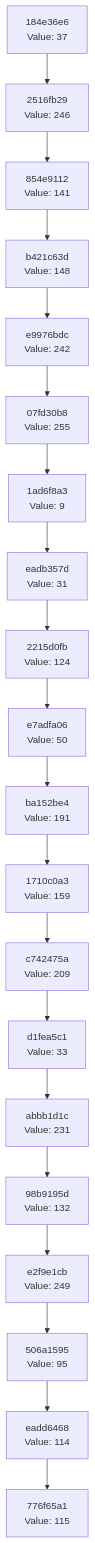
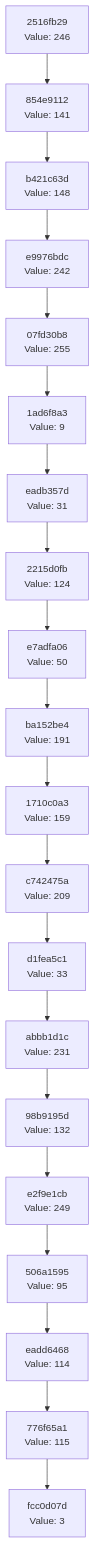
One commit to Abhisheksinha1506/hash-chain-evolver changed the diagram in docs/CHAIN_VISUALIZATION.md. Above: the diagram before and after it, drawn with Mermaid. The commit also changed 2 other files, not shown here.

Commit message:
Evolution Step

````diff
--- a/docs/CHAIN_VISUALIZATION.md
+++ b/docs/CHAIN_VISUALIZATION.md
@@ -3,42 +3,42 @@
 ```mermaid
 graph TD
-    C0["776f65a1<br/>Value: 115"]
-    C1["eadd6468<br/>Value: 114"]
+    C0["fcc0d07d<br/>Value: 3"]
+    C1["776f65a1<br/>Value: 115"]
     C1 --> C0
-    C2["506a1595<br/>Value: 95"]
+    C2["eadd6468<br/>Value: 114"]
     C2 --> C1
-    C3["e2f9e1cb<br/>Value: 249"]
+    C3["506a1595<br/>Value: 95"]
     C3 --> C2
-    C4["98b9195d<br/>Value: 132"]
+    C4["e2f9e1cb<br/>Value: 249"]
     C4 --> C3
-    C5["abbb1d1c<br/>Value: 231"]
+    C5["98b9195d<br/>Value: 132"]
     C5 --> C4
-    C6["d1fea5c1<br/>Value: 33"]
+    C6["abbb1d1c<br/>Value: 231"]
     C6 --> C5
-    C7["c742475a<br/>Value: 209"]
+    C7["d1fea5c1<br/>Value: 33"]
     C7 --> C6
-    C8["1710c0a3<br/>Value: 159"]
+    C8["c742475a<br/>Value: 209"]
     C8 --> C7
-    C9["ba152be4<br/>Value: 191"]
+    C9["1710c0a3<br/>Value: 159"]
     C9 --> C8
-    C10["e7adfa06<br/>Value: 50"]
+    C10["ba152be4<br/>Value: 191"]
     C10 --> C9
-    C11["2215d0fb<br/>Value: 124"]
+    C11["e7adfa06<br/>Value: 50"]
     C11 --> C10
-    C12["eadb357d<br/>Value: 31"]
+    C12["2215d0fb<br/>Value: 124"]
     C12 --> C11
-    C13["1ad6f8a3<br/>Value: 9"]
+    C13["eadb357d<br/>Value: 31"]
     C13 --> C12
-    C14["07fd30b8<br/>Value: 255"]
+    C14["1ad6f8a3<br/>Value: 9"]
     C14 --> C13
-    C15["e9976bdc<br/>Value: 242"]
+    C15["07fd30b8<br/>Value: 255"]
     C15 --> C14
-    C16["b421c63d<br/>Value: 148"]
+    C16["e9976bdc<br/>Value: 242"]
     C16 --> C15
-    C17["854e9112<br/>Value: 141"]
+    C17["b421c63d<br/>Value: 148"]
     C17 --> C16
-    C18["2516fb29<br/>Value: 246"]
+    C18["854e9112<br/>Value: 141"]
     C18 --> C17
-    C19["184e36e6<br/>Value: 37"]
+    C19["2516fb29<br/>Value: 246"]
     C19 --> C18
 ```
````
